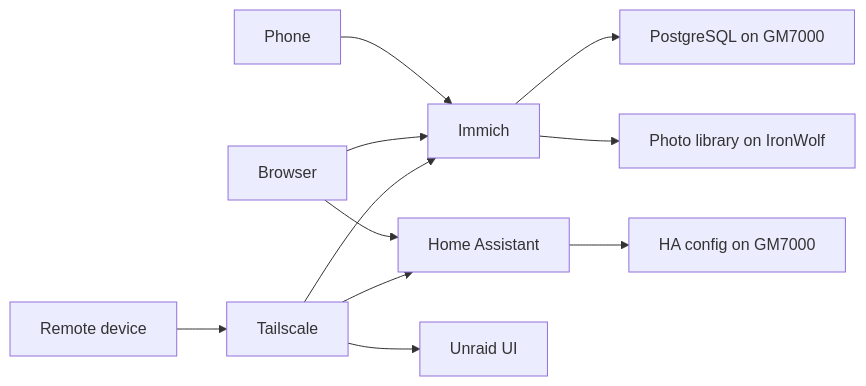
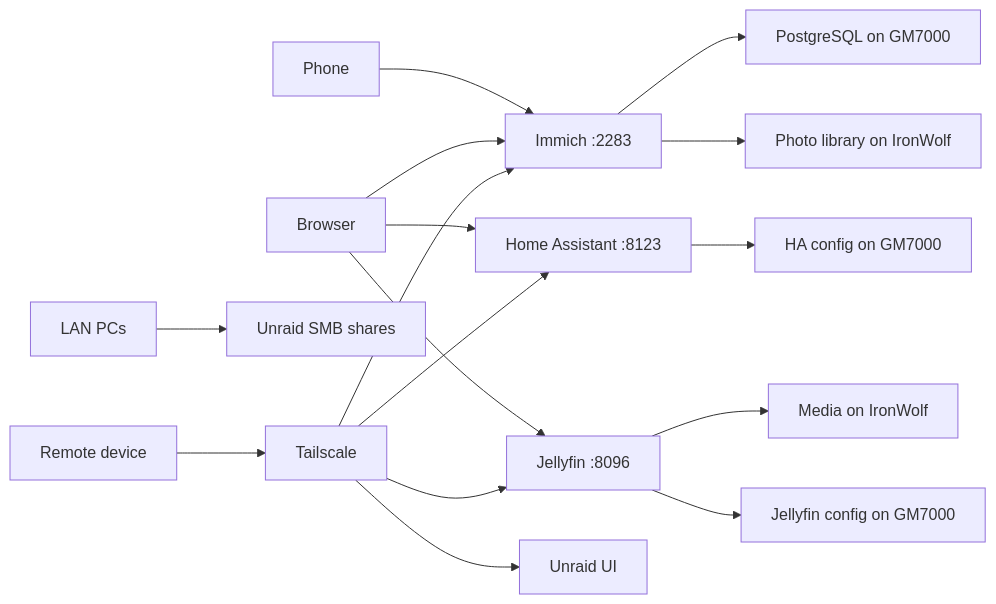
One commit to brianperreras/brian-home-server changed the second of 3 diagrams in diagrams/architecture.md. Above: the diagram before and after it, drawn with Mermaid. The commit also changed other lines of this file and 25 other files, not shown here.

````diff
--- a/diagrams/architecture.md
+++ b/diagrams/architecture.md
@@ -16,13 +16,18 @@
 ```mermaid
 flowchart LR
-    PHONE[Phone] --> IMMICH[Immich]
+    PHONE[Phone] --> IMMICH[Immich :2283]
     BROWSER[Browser] --> IMMICH
-    BROWSER --> HA[Home Assistant]
+    BROWSER --> HA[Home Assistant :8123]
+    BROWSER --> JF[Jellyfin :8096]
+    LAN[LAN PCs] --> SMB[Unraid SMB shares]
     IMMICH --> PG[PostgreSQL on GM7000]
     IMMICH --> LIB[Photo library on IronWolf]
+    JF --> MEDIA[Media on IronWolf]
+    JF --> JFC[Jellyfin config on GM7000]
     HA --> CFG[HA config on GM7000]
     REMOTE[Remote device] --> TS[Tailscale]
     TS --> IMMICH
     TS --> HA
+    TS --> JF
     TS --> UNRAID[Unraid UI]
 ```
````
